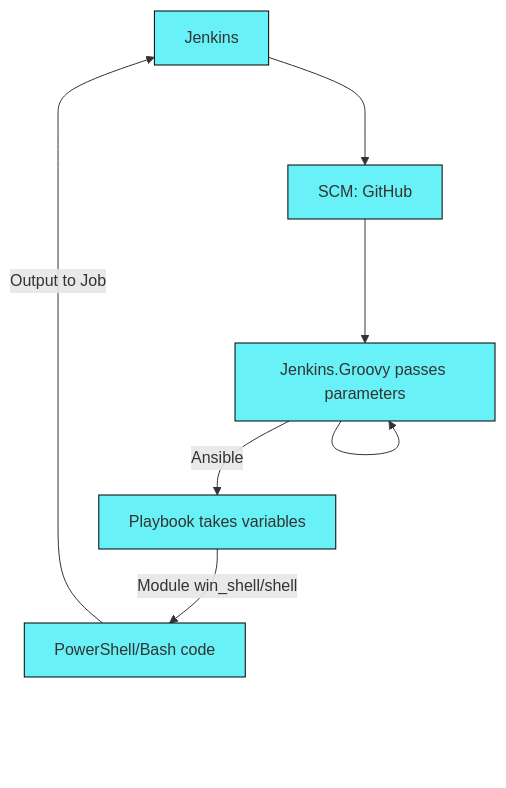
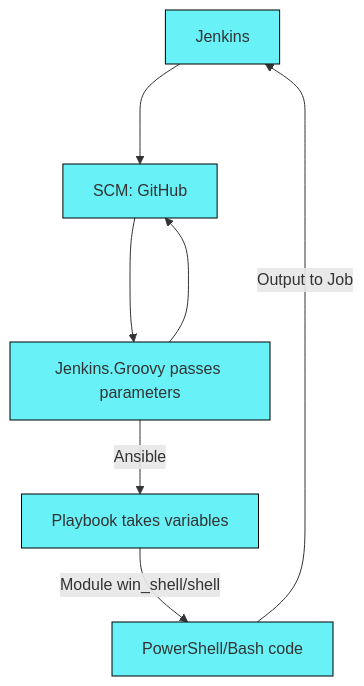
One commit to Lifailon/Deploy-PS-Module changed the second of 2 diagrams in README.md. Above: the diagram before and after it, drawn with Mermaid.

Commit message:
test state

````diff
--- a/README.md
+++ b/README.md
@@ -15,12 +15,12 @@
 ```mermaid
 flowchart TD
     classDef class_color fill:#68F1F7, stroke:#000, stroke-width:1px
     1[Jenkins]:::class_color
     2[SCM: GitHub]:::class_color
     3[Jenkins.Groovy passes parameters]:::class_color
     4[Playbook takes variables]:::class_color
     5[PowerShell/Bash code]:::class_color
     1--->2--->3--Ansible-->4--Module win_shell/shell-->5
-    3--->3
+    3--->2
     5--Output to Job-->1
 ```
````
